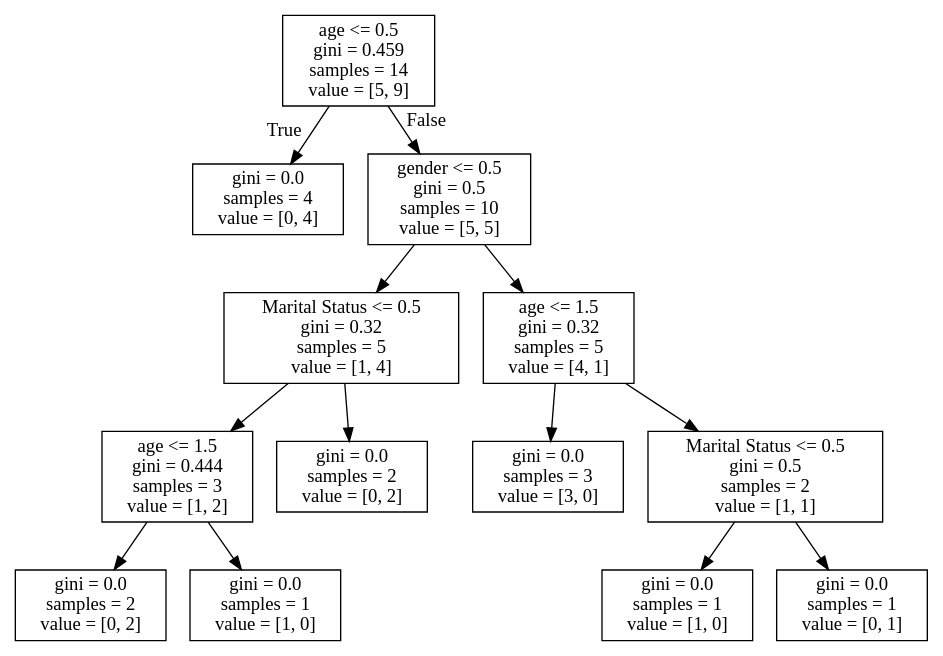
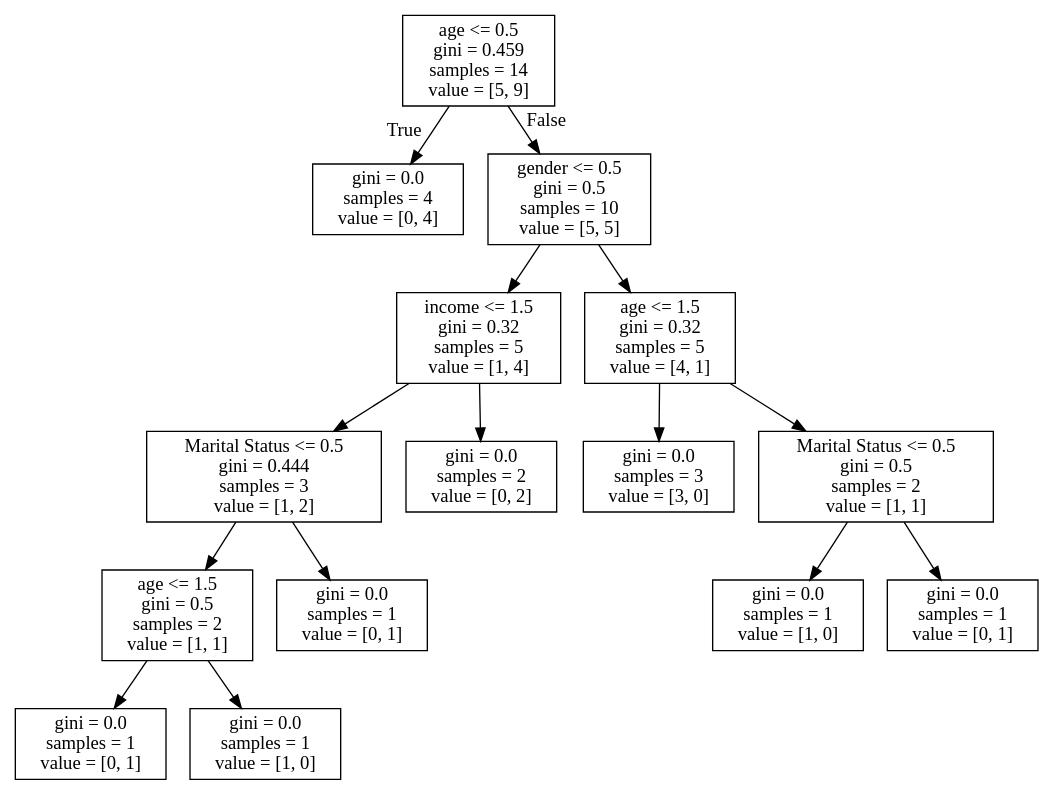
Before and after one commit to ayushbansal323/BE: the diagram in LP3/2nd assignment/Dtree.dot, drawn with Graphviz. The commit also changed 5 other files, not shown here.

```diff
--- a/LP3/2nd assignment/Dtree.dot
+++ b/LP3/2nd assignment/Dtree.dot
@@ -1,28 +1,32 @@
 digraph Tree {
 node [shape=box] ;
 0 [label="age <= 0.5\ngini = 0.459\nsamples = 14\nvalue = [5, 9]"] ;
 1 [label="gini = 0.0\nsamples = 4\nvalue = [0, 4]"] ;
 0 -> 1 [labeldistance=2.5, labelangle=45, headlabel="True"] ;
 2 [label="gender <= 0.5\ngini = 0.5\nsamples = 10\nvalue = [5, 5]"] ;
 0 -> 2 [labeldistance=2.5, labelangle=-45, headlabel="False"] ;
-3 [label="Marital Status <= 0.5\ngini = 0.32\nsamples = 5\nvalue = [1, 4]"] ;
+3 [label="income <= 1.5\ngini = 0.32\nsamples = 5\nvalue = [1, 4]"] ;
 2 -> 3 ;
-4 [label="age <= 1.5\ngini = 0.444\nsamples = 3\nvalue = [1, 2]"] ;
+4 [label="Marital Status <= 0.5\ngini = 0.444\nsamples = 3\nvalue = [1, 2]"] ;
 3 -> 4 ;
-5 [label="gini = 0.0\nsamples = 2\nvalue = [0, 2]"] ;
+5 [label="age <= 1.5\ngini = 0.5\nsamples = 2\nvalue = [1, 1]"] ;
 4 -> 5 ;
-6 [label="gini = 0.0\nsamples = 1\nvalue = [1, 0]"] ;
-4 -> 6 ;
-7 [label="gini = 0.0\nsamples = 2\nvalue = [0, 2]"] ;
-3 -> 7 ;
-8 [label="age <= 1.5\ngini = 0.32\nsamples = 5\nvalue = [4, 1]"] ;
-2 -> 8 ;
-9 [label="gini = 0.0\nsamples = 3\nvalue = [3, 0]"] ;
-8 -> 9 ;
-10 [label="Marital Status <= 0.5\ngini = 0.5\nsamples = 2\nvalue = [1, 1]"] ;
-8 -> 10 ;
-11 [label="gini = 0.0\nsamples = 1\nvalue = [1, 0]"] ;
+6 [label="gini = 0.0\nsamples = 1\nvalue = [0, 1]"] ;
+5 -> 6 ;
+7 [label="gini = 0.0\nsamples = 1\nvalue = [1, 0]"] ;
+5 -> 7 ;
+8 [label="gini = 0.0\nsamples = 1\nvalue = [0, 1]"] ;
+4 -> 8 ;
+9 [label="gini = 0.0\nsamples = 2\nvalue = [0, 2]"] ;
+3 -> 9 ;
+10 [label="age <= 1.5\ngini = 0.32\nsamples = 5\nvalue = [4, 1]"] ;
+2 -> 10 ;
+11 [label="gini = 0.0\nsamples = 3\nvalue = [3, 0]"] ;
 10 -> 11 ;
-12 [label="gini = 0.0\nsamples = 1\nvalue = [0, 1]"] ;
+12 [label="Marital Status <= 0.5\ngini = 0.5\nsamples = 2\nvalue = [1, 1]"] ;
 10 -> 12 ;
+13 [label="gini = 0.0\nsamples = 1\nvalue = [1, 0]"] ;
+12 -> 13 ;
+14 [label="gini = 0.0\nsamples = 1\nvalue = [0, 1]"] ;
+12 -> 14 ;
 }
```
